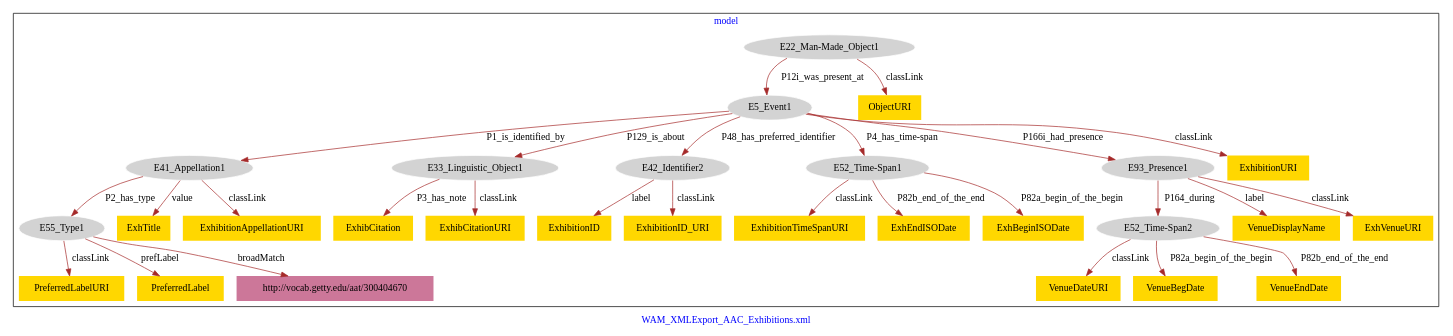
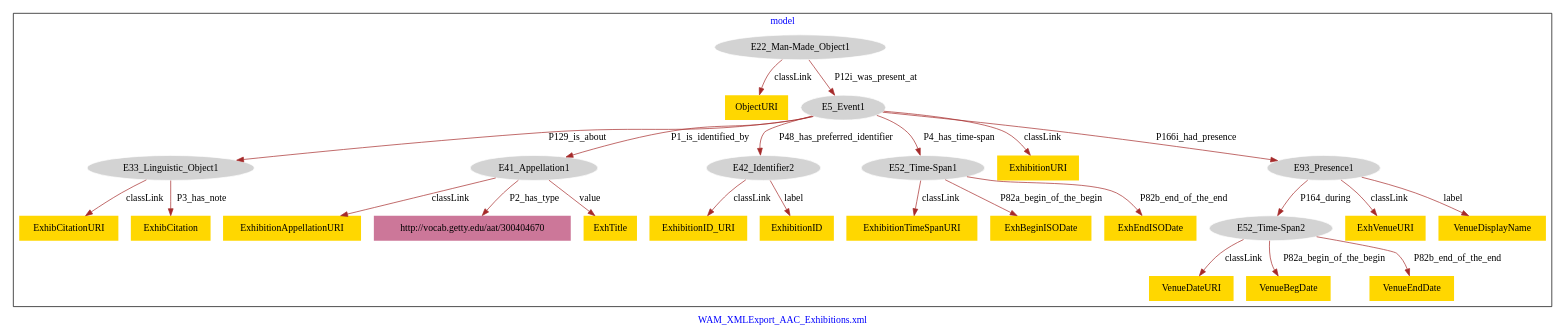
One commit to american-art/wam changed the diagram in WAM_AAC_Exhibitions/WAM_AAC_Exhibitions-model.dot. Above: the diagram before and after it, drawn with Graphviz.

Commit message:
Update file WAM_AAC_Exhibitions-model.dot

```diff
--- a/WAM_AAC_Exhibitions/WAM_AAC_Exhibitions-model.dot
+++ b/WAM_AAC_Exhibitions/WAM_AAC_Exhibitions-model.dot
@@ -1,63 +1,57 @@
 digraph n0 {
 fontcolor="blue"
 remincross="true"
 label="WAM_XMLExport_AAC_Exhibitions.xml"
 subgraph cluster {
 label="model"
 n2[style="filled",color="white",fillcolor="lightgray",label="E22_Man-Made_Object1"];
-n3[style="filled",color="white",fillcolor="lightgray",label="E5_Event1"];
-n4[style="filled",color="white",fillcolor="lightgray",label="E41_Appellation1"];
-n5[style="filled",color="white",fillcolor="lightgray",label="E55_Type1"];
-n6[style="filled",color="white",fillcolor="lightgray",label="E33_Linguistic_Object1"];
-n7[style="filled",color="white",fillcolor="lightgray",label="E42_Identifier2"];
-n8[style="filled",color="white",fillcolor="lightgray",label="E52_Time-Span1"];
-n9[style="filled",color="white",fillcolor="lightgray",label="E93_Presence1"];
-n10[style="filled",color="white",fillcolor="lightgray",label="E52_Time-Span2"];
-n11[shape="plaintext",style="filled",fillcolor="gold",label="ExhibitionTimeSpanURI"];
-n12[shape="plaintext",style="filled",fillcolor="gold",label="ExhEndISODate"];
-n13[shape="plaintext",style="filled",fillcolor="gold",label="ExhBeginISODate"];
-n14[shape="plaintext",style="filled",fillcolor="gold",label="VenueDateURI"];
-n15[shape="plaintext",style="filled",fillcolor="gold",label="ExhibCitation"];
-n16[shape="plaintext",style="filled",fillcolor="gold",label="ExhibitionID"];
-n17[shape="plaintext",style="filled",fillcolor="gold",label="VenueBegDate"];
-n18[shape="plaintext",style="filled",fillcolor="gold",label="VenueDisplayName"];
-n19[shape="plaintext",style="filled",fillcolor="gold",label="VenueEndDate"];
-n20[shape="plaintext",style="filled",fillcolor="gold",label="ExhibitionID_URI"];
-n21[shape="plaintext",style="filled",fillcolor="gold",label="ExhTitle"];
-n22[shape="plaintext",style="filled",fillcolor="gold",label="ExhVenueURI"];
-n23[shape="plaintext",style="filled",fillcolor="gold",label="PreferredLabelURI"];
-n24[shape="plaintext",style="filled",fillcolor="gold",label="ObjectURI"];
-n25[shape="plaintext",style="filled",fillcolor="gold",label="PreferredLabel"];
-n26[shape="plaintext",style="filled",fillcolor="gold",label="ExhibitionAppellationURI"];
-n27[shape="plaintext",style="filled",fillcolor="gold",label="ExhibCitationURI"];
-n28[shape="plaintext",style="filled",fillcolor="gold",label="ExhibitionURI"];
-n29[shape="plaintext",style="filled",fillcolor="#CC7799",label="http://vocab.getty.edu/aat/300404670"];
+n3[shape="plaintext",style="filled",fillcolor="gold",label="ObjectURI"];
+n4[style="filled",color="white",fillcolor="lightgray",label="E5_Event1"];
+n5[style="filled",color="white",fillcolor="lightgray",label="E33_Linguistic_Object1"];
+n6[shape="plaintext",style="filled",fillcolor="gold",label="ExhibCitationURI"];
+n7[shape="plaintext",style="filled",fillcolor="gold",label="ExhibCitation"];
+n8[style="filled",color="white",fillcolor="lightgray",label="E41_Appellation1"];
+n9[shape="plaintext",style="filled",fillcolor="gold",label="ExhibitionAppellationURI"];
+n10[shape="plaintext",style="filled",fillcolor="#CC7799",label="http://vocab.getty.edu/aat/300404670"];
+n11[shape="plaintext",style="filled",fillcolor="gold",label="ExhTitle"];
+n12[style="filled",color="white",fillcolor="lightgray",label="E42_Identifier2"];
+n13[shape="plaintext",style="filled",fillcolor="gold",label="ExhibitionID_URI"];
+n14[shape="plaintext",style="filled",fillcolor="gold",label="ExhibitionID"];
+n15[style="filled",color="white",fillcolor="lightgray",label="E52_Time-Span1"];
+n16[shape="plaintext",style="filled",fillcolor="gold",label="ExhibitionTimeSpanURI"];
+n17[shape="plaintext",style="filled",fillcolor="gold",label="ExhBeginISODate"];
+n18[shape="plaintext",style="filled",fillcolor="gold",label="ExhEndISODate"];
+n19[style="filled",color="white",fillcolor="lightgray",label="E52_Time-Span2"];
+n20[shape="plaintext",style="filled",fillcolor="gold",label="VenueDateURI"];
+n21[shape="plaintext",style="filled",fillcolor="gold",label="VenueBegDate"];
+n22[shape="plaintext",style="filled",fillcolor="gold",label="VenueEndDate"];
+n23[shape="plaintext",style="filled",fillcolor="gold",label="ExhibitionURI"];
+n24[style="filled",color="white",fillcolor="lightgray",label="E93_Presence1"];
+n25[shape="plaintext",style="filled",fillcolor="gold",label="ExhVenueURI"];
+n26[shape="plaintext",style="filled",fillcolor="gold",label="VenueDisplayName"];
 }
-n2 -> n3[color="brown",fontcolor="black",label="P12i_was_present_at"]
-n4 -> n5[color="brown",fontcolor="black",label="P2_has_type"]
-n3 -> n6[color="brown",fontcolor="black",label="P129_is_about"]
-n3 -> n4[color="brown",fontcolor="black",label="P1_is_identified_by"]
-n3 -> n7[color="brown",fontcolor="black",label="P48_has_preferred_identifier"]
-n3 -> n8[color="brown",fontcolor="black",label="P4_has_time-span"]
-n3 -> n9[color="brown",fontcolor="black",label="P166i_had_presence"]
-n9 -> n10[color="brown",fontcolor="black",label="P164_during"]
-n8 -> n11[color="brown",fontcolor="black",label="classLink"]
-n8 -> n12[color="brown",fontcolor="black",label="P82b_end_of_the_end"]
-n8 -> n13[color="brown",fontcolor="black",label="P82a_begin_of_the_begin"]
-n10 -> n14[color="brown",fontcolor="black",label="classLink"]
-n6 -> n15[color="brown",fontcolor="black",label="P3_has_note"]
-n7 -> n16[color="brown",fontcolor="black",label="label"]
-n10 -> n17[color="brown",fontcolor="black",label="P82a_begin_of_the_begin"]
-n9 -> n18[color="brown",fontcolor="black",label="label"]
-n10 -> n19[color="brown",fontcolor="black",label="P82b_end_of_the_end"]
-n7 -> n20[color="brown",fontcolor="black",label="classLink"]
-n4 -> n21[color="brown",fontcolor="black",label="value"]
-n9 -> n22[color="brown",fontcolor="black",label="classLink"]
-n5 -> n23[color="brown",fontcolor="black",label="classLink"]
-n2 -> n24[color="brown",fontcolor="black",label="classLink"]
-n5 -> n25[color="brown",fontcolor="black",label="prefLabel"]
-n4 -> n26[color="brown",fontcolor="black",label="classLink"]
-n6 -> n27[color="brown",fontcolor="black",label="classLink"]
-n3 -> n28[color="brown",fontcolor="black",label="classLink"]
-n5 -> n29[color="brown",fontcolor="black",label="broadMatch"]
+n2 -> n3[color="brown",fontcolor="black",label="classLink"]
+n2 -> n4[color="brown",fontcolor="black",label="P12i_was_present_at"]
+n5 -> n6[color="brown",fontcolor="black",label="classLink"]
+n5 -> n7[color="brown",fontcolor="black",label="P3_has_note"]
+n8 -> n9[color="brown",fontcolor="black",label="classLink"]
+n8 -> n10[color="brown",fontcolor="black",label="P2_has_type"]
+n8 -> n11[color="brown",fontcolor="black",label="value"]
+n12 -> n13[color="brown",fontcolor="black",label="classLink"]
+n12 -> n14[color="brown",fontcolor="black",label="label"]
+n15 -> n16[color="brown",fontcolor="black",label="classLink"]
+n15 -> n17[color="brown",fontcolor="black",label="P82a_begin_of_the_begin"]
+n15 -> n18[color="brown",fontcolor="black",label="P82b_end_of_the_end"]
+n19 -> n20[color="brown",fontcolor="black",label="classLink"]
+n19 -> n21[color="brown",fontcolor="black",label="P82a_begin_of_the_begin"]
+n19 -> n22[color="brown",fontcolor="black",label="P82b_end_of_the_end"]
+n4 -> n23[color="brown",fontcolor="black",label="classLink"]
+n4 -> n5[color="brown",fontcolor="black",label="P129_is_about"]
+n4 -> n24[color="brown",fontcolor="black",label="P166i_had_presence"]
+n4 -> n8[color="brown",fontcolor="black",label="P1_is_identified_by"]
+n4 -> n12[color="brown",fontcolor="black",label="P48_has_preferred_identifier"]
+n4 -> n15[color="brown",fontcolor="black",label="P4_has_time-span"]
+n24 -> n25[color="brown",fontcolor="black",label="classLink"]
+n24 -> n19[color="brown",fontcolor="black",label="P164_during"]
+n24 -> n26[color="brown",fontcolor="black",label="label"]
 }
```
